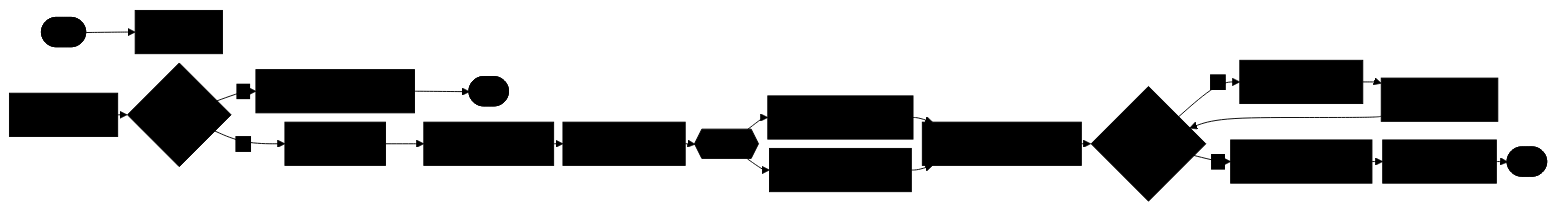
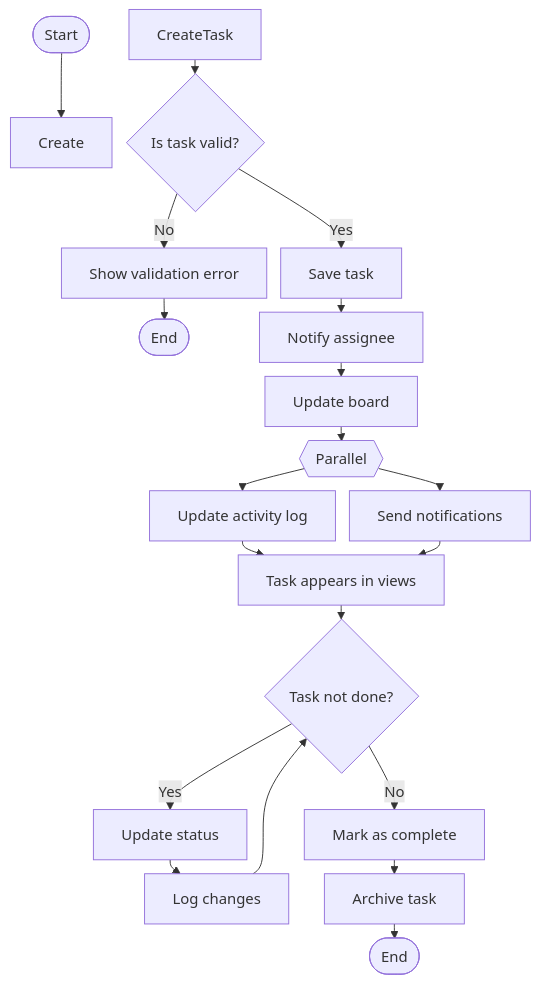
Diagram 16 of 17 in README.md (ritiku2004/Zira-Project-details), drawn with Mermaid before and after one commit. The commit also changed 2 other files, not shown here.

Commit message:
Diagrames added

````diff
--- a/README.md
+++ b/README.md
@@ -465,29 +465,29 @@
 ```mermaid
-%%{init: {"theme":"base", "flowchart": {"nodeSpacing": 10, "rankSpacing": 10}, "themeVariables": {"fontSize": "11px", "fontFamily": "arial", "primaryColor": "#000000", "primaryTextColor": "#000000", "lineColor": "#000000", "tertiaryColor": "#fff"}}}%%
-flowchart LR
+%%{init: {"flowchart": {"nodeSpacing": 15, "rankSpacing": 15}}}%%
+flowchart TD
   Start([Start]) --> Create[Create]
   CreateTask --> IsValid{Is task valid?}
   
   IsValid -->|Yes| SaveTask[Save task]
   IsValid -->|No| ShowError[Show validation error]
   ShowError --> End1([End])
   
   SaveTask --> NotifyAssignee[Notify assignee]
   NotifyAssignee --> UpdateBoard[Update board]
   
   UpdateBoard --> parallel1{{Parallel}}
   parallel1 --> UpdateLog[Update activity log]
   parallel1 --> SendNotif[Send notifications]
   
   UpdateLog --> ShowInViews[Task appears in views]
   SendNotif --> ShowInViews
   
   ShowInViews --> TaskLoop{Task not done?}
   TaskLoop -->|Yes| UpdateStatus[Update status]
   UpdateStatus --> LogChanges[Log changes]
   LogChanges --> TaskLoop
   
   TaskLoop -->|No| MarkComplete[Mark as complete]
   MarkComplete --> Archive[Archive task]
   Archive --> End2([End])
 ```
````
